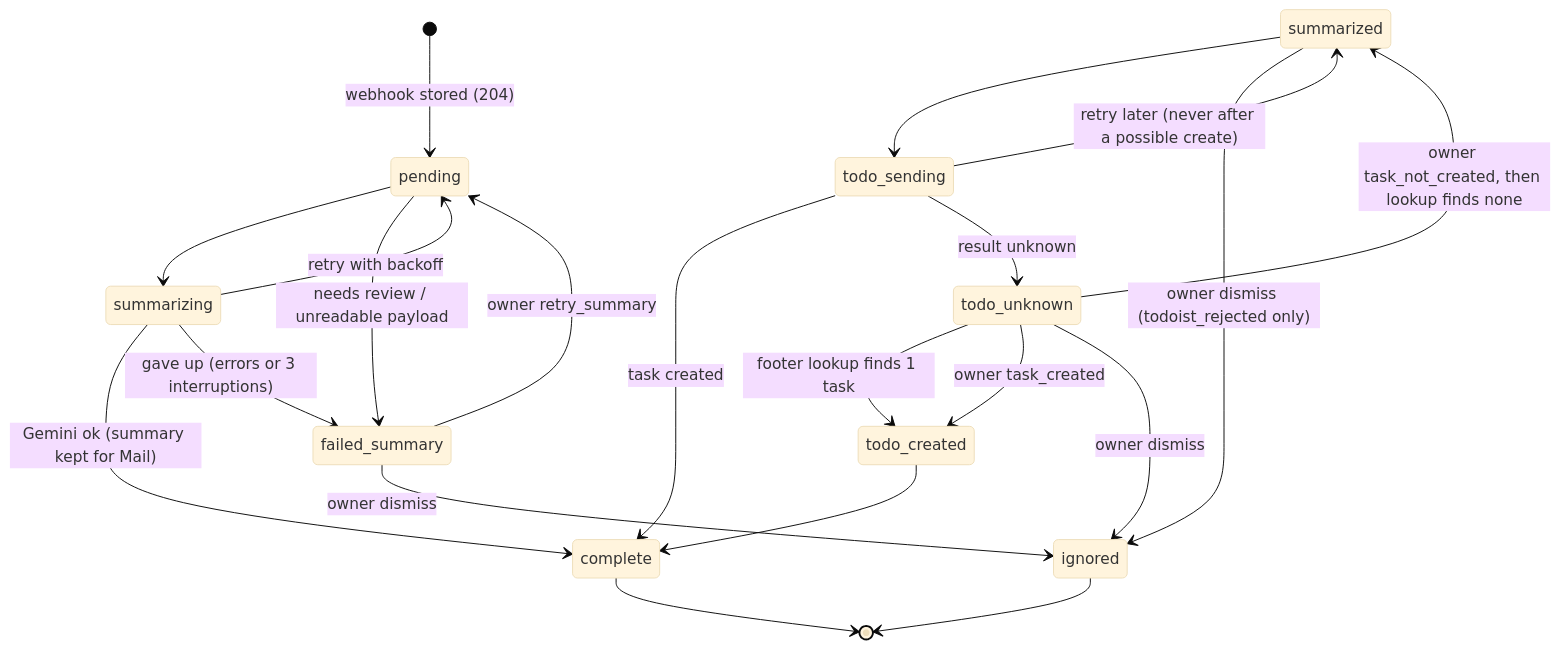
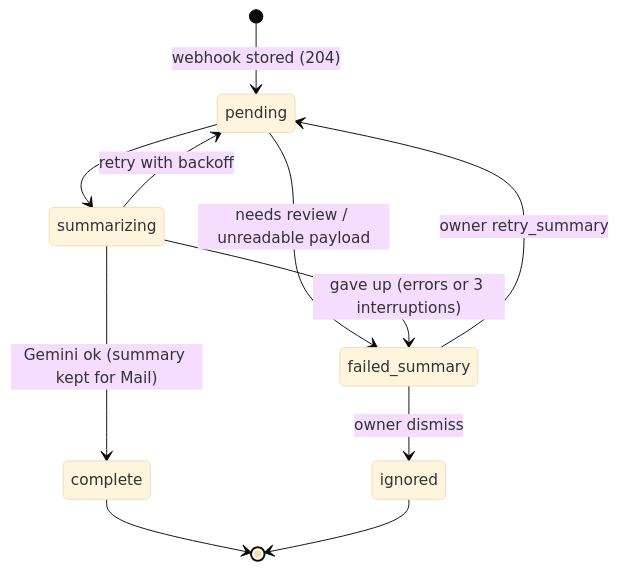
One commit to ziyixi/todofy changed the second of 2 diagrams in todofy/architecture-diagram.md. Above: the diagram before and after it, drawn with Mermaid (base theme). The commit also changed other lines of this file and 19 other files, not shown here.

````diff
--- a/todofy/architecture-diagram.md
+++ b/todofy/architecture-diagram.md
@@ -51,23 +55,13 @@
 ```mermaid
 stateDiagram-v2
     [*] --> pending: webhook stored (204)
     pending --> summarizing
     pending --> failed_summary: needs review / unreadable payload
     summarizing --> complete: Gemini ok (summary kept for Mail)
     summarizing --> pending: retry with backoff
     summarizing --> failed_summary: gave up (errors or 3 interruptions)
-    summarized --> todo_sending
-    todo_sending --> complete: task created
-    todo_sending --> summarized: retry later (never after a possible create)
-    todo_sending --> todo_unknown: result unknown
-    todo_unknown --> todo_created: footer lookup finds 1 task
-    todo_created --> complete
-    todo_unknown --> summarized: owner task_not_created, then lookup finds none
-    todo_unknown --> todo_created: owner task_created
     failed_summary --> pending: owner retry_summary
-    todo_unknown --> ignored: owner dismiss
     failed_summary --> ignored: owner dismiss
-    summarized --> ignored: owner dismiss (todoist_rejected only)
     complete --> [*]
     ignored --> [*]
 ```
````
